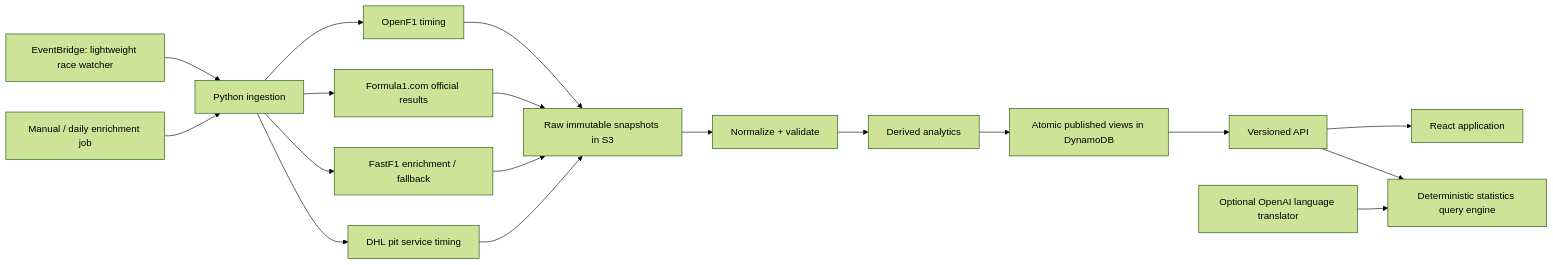
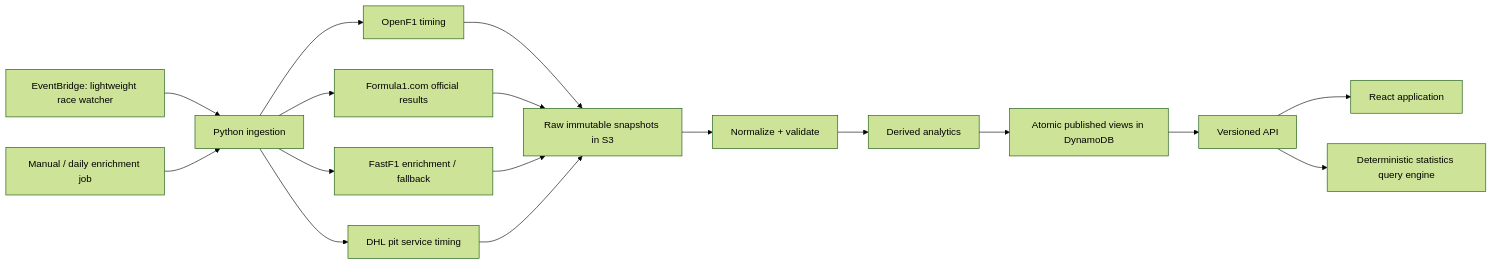
The diagram in docs/full-site-rebuild-blueprint.md (CodrCam/f1-career-bumps), drawn with Mermaid (forest theme) before and after one commit. The commit also changed other lines of this file and 79 other files, not shown here.

````diff
--- a/docs/full-site-rebuild-blueprint.md
+++ b/docs/full-site-rebuild-blueprint.md
@@ -369,20 +369,19 @@
 ```mermaid
 flowchart LR
     A["EventBridge: lightweight race watcher"] --> B["Python ingestion"]
     C["Manual / daily enrichment job"] --> B
     B --> D["OpenF1 timing"]
     B --> E["Formula1.com official results"]
     B --> F["FastF1 enrichment / fallback"]
     B --> G["DHL pit service timing"]
     D --> H["Raw immutable snapshots in S3"]
     E --> H
     F --> H
     G --> H
     H --> I["Normalize + validate"]
     I --> J["Derived analytics"]
     J --> K["Atomic published views in DynamoDB"]
     K --> L["Versioned API"]
     L --> M["React application"]
     L --> N["Deterministic statistics query engine"]
-    O["Optional OpenAI language translator"] --> N
 ```
````
